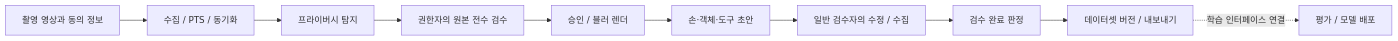
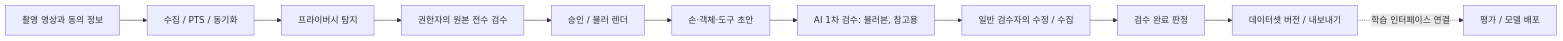
One commit to west-origin/data_labeling changed the diagram in docs/handover/README.md. Above: the diagram before and after it, drawn with Mermaid. The commit also changed other lines of this file and 28 other files, not shown here.

````diff
--- a/docs/handover/README.md
+++ b/docs/handover/README.md
@@ -9,12 +9,13 @@
 ```mermaid
 flowchart LR
     A[촬영 영상과 동의 정보] --> B[수집 / PTS / 동기화]
     B --> C[프라이버시 탐지]
     C --> D[권한자의 원본 전수 검수]
     D --> E[승인 / 블러 렌더]
     E --> F[손·객체·도구 초안]
-    F --> G[일반 검수자의 수정 / 수집]
+    F --> F2[AI 1차 검수: 블러본, 참고용]
+    F2 --> G[일반 검수자의 수정 / 수집]
     G --> H[검수 완료 판정]
     H --> I[데이터셋 버전 / 내보내기]
     I -. 학습 인터페이스 연결 .-> J[평가 / 모델 배포]
 ```
````
